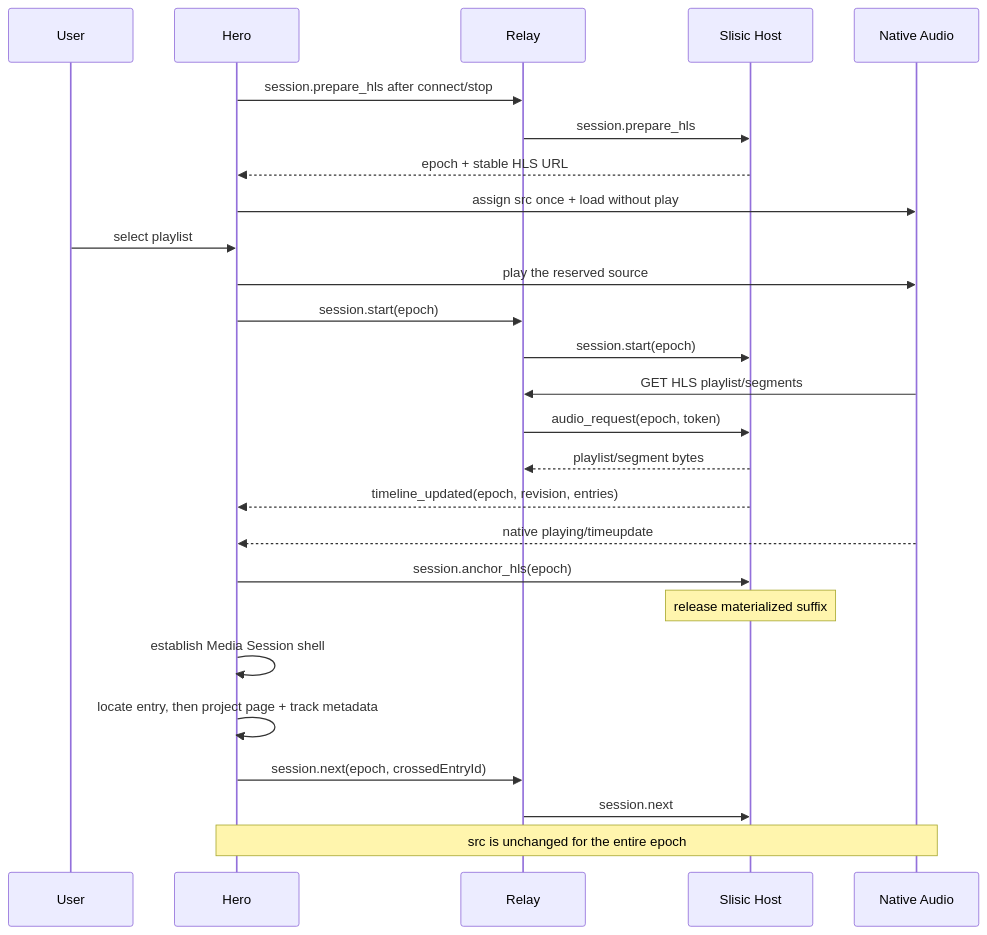
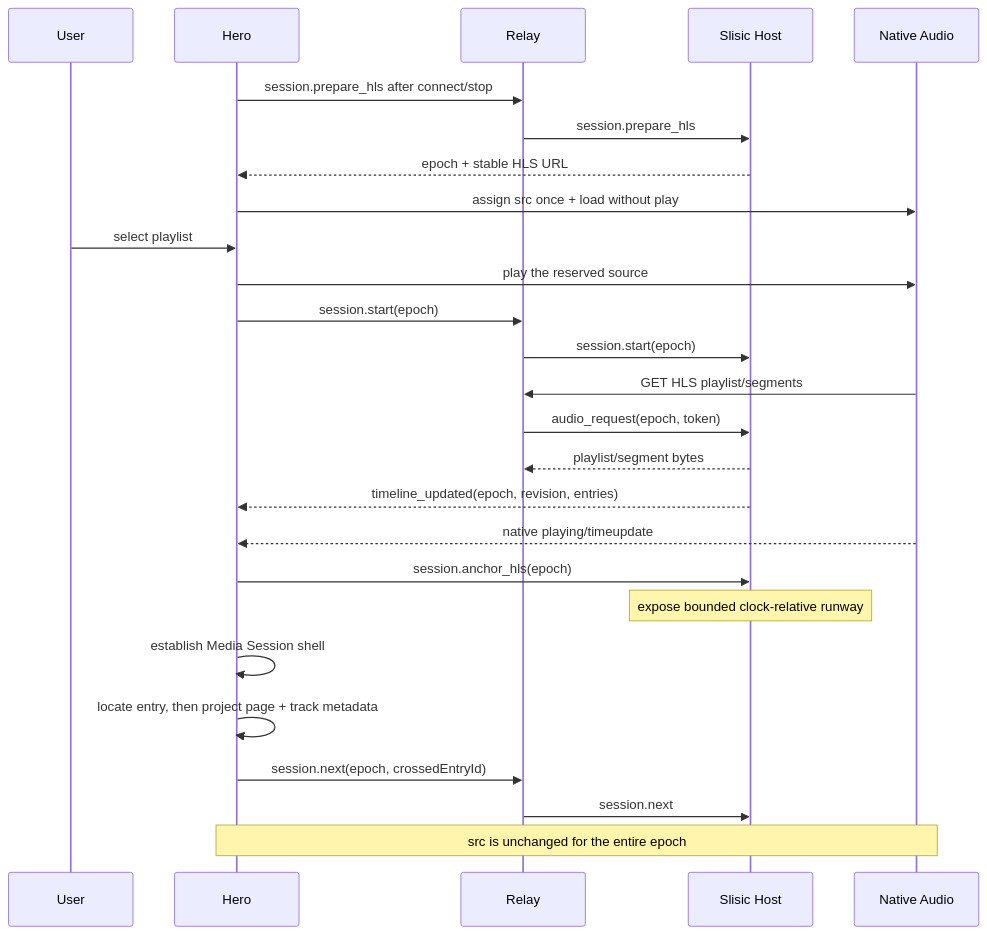
One commit to GrahLnn/slisic changed the diagram in docs/remote-share-hls-architecture.md. Above: the diagram before and after it, drawn with Mermaid. The commit also changed other lines of this file and 2 other files, not shown here.

Commit message:
Bound anchored HLS publication runway

````diff
--- a/docs/remote-share-hls-architecture.md
+++ b/docs/remote-share-hls-architecture.md
@@ -524,29 +528,29 @@
 ```mermaid
 sequenceDiagram
   participant U as User
   participant H as Hero
   participant R as Relay
   participant S as Slisic Host
   participant A as Native Audio
 
   H->>R: session.prepare_hls after connect/stop
   R->>S: session.prepare_hls
   S-->>H: epoch + stable HLS URL
   H->>A: assign src once + load without play
   U->>H: select playlist
   H->>A: play the reserved source
   H->>R: session.start(epoch)
   R->>S: session.start(epoch)
   A->>R: GET HLS playlist/segments
   R->>S: audio_request(epoch, token)
   S-->>R: playlist/segment bytes
   S-->>H: timeline_updated(epoch, revision, entries)
   A-->>H: native playing/timeupdate
   H->>S: session.anchor_hls(epoch)
-  Note over S: release materialized suffix
+  Note over S: expose bounded clock-relative runway
   H->>H: establish Media Session shell
   H->>H: locate entry, then project page + track metadata
   H->>R: session.next(epoch, crossedEntryId)
   R->>S: session.next
   Note over H,A: src is unchanged for the entire epoch
 ```
````
